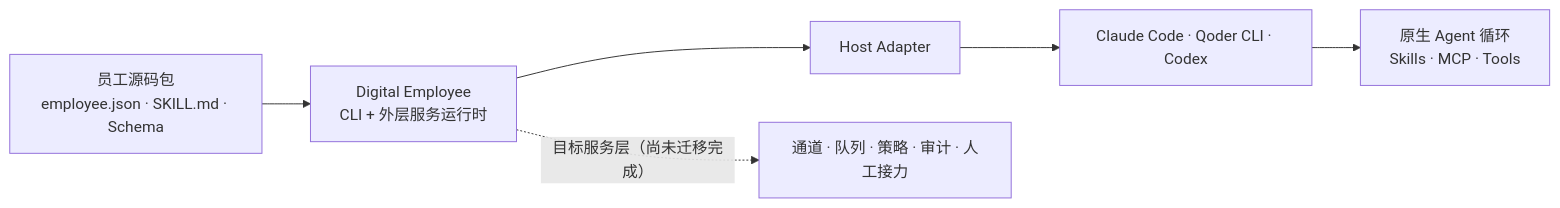
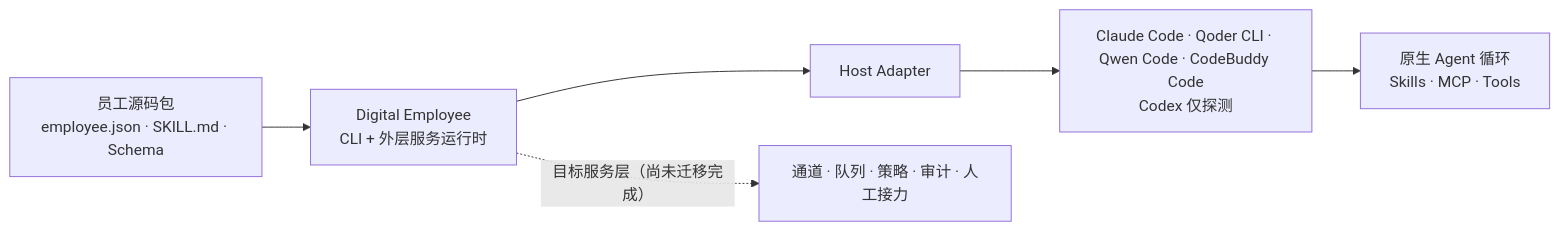
The diagram in README.zh-CN.md (bytefolk/digital-employee), drawn with Mermaid before and after one commit. The commit also changed other lines of this file and 28 other files, not shown here.

````diff
--- a/README.zh-CN.md
+++ b/README.zh-CN.md
@@ -11,8 +11,8 @@
 ```mermaid
 flowchart LR
   P["员工源码包<br/>employee.json · SKILL.md · Schema"] --> O["Digital Employee<br/>CLI + 外层服务运行时"]
   O --> H["Host Adapter"]
-  H --> A["Claude Code · Qoder CLI · Codex"]
+  H --> A["Claude Code · Qoder CLI · Qwen Code · CodeBuddy Code<br/>Codex 仅探测"]
   A --> T["原生 Agent 循环<br/>Skills · MCP · Tools"]
   O -. "目标服务层（尚未迁移完成）" .-> S["通道 · 队列 · 策略 · 审计 · 人工接力"]
 ```
````
